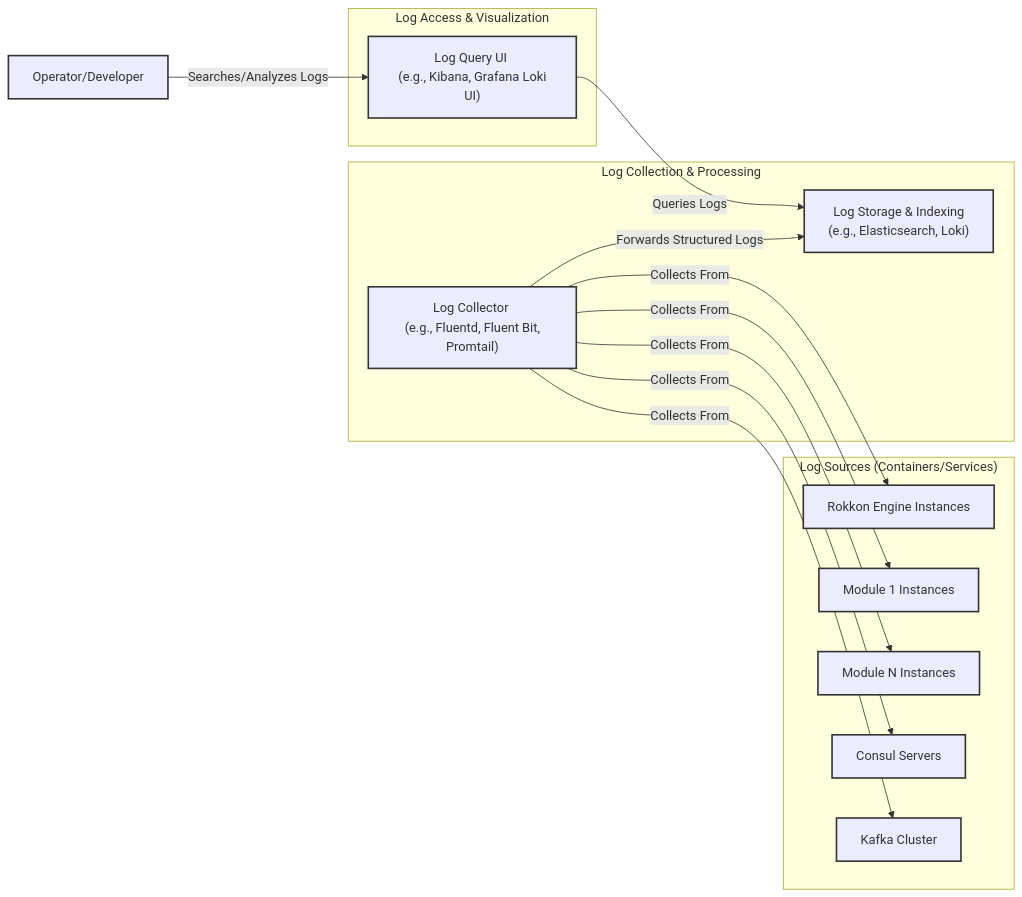
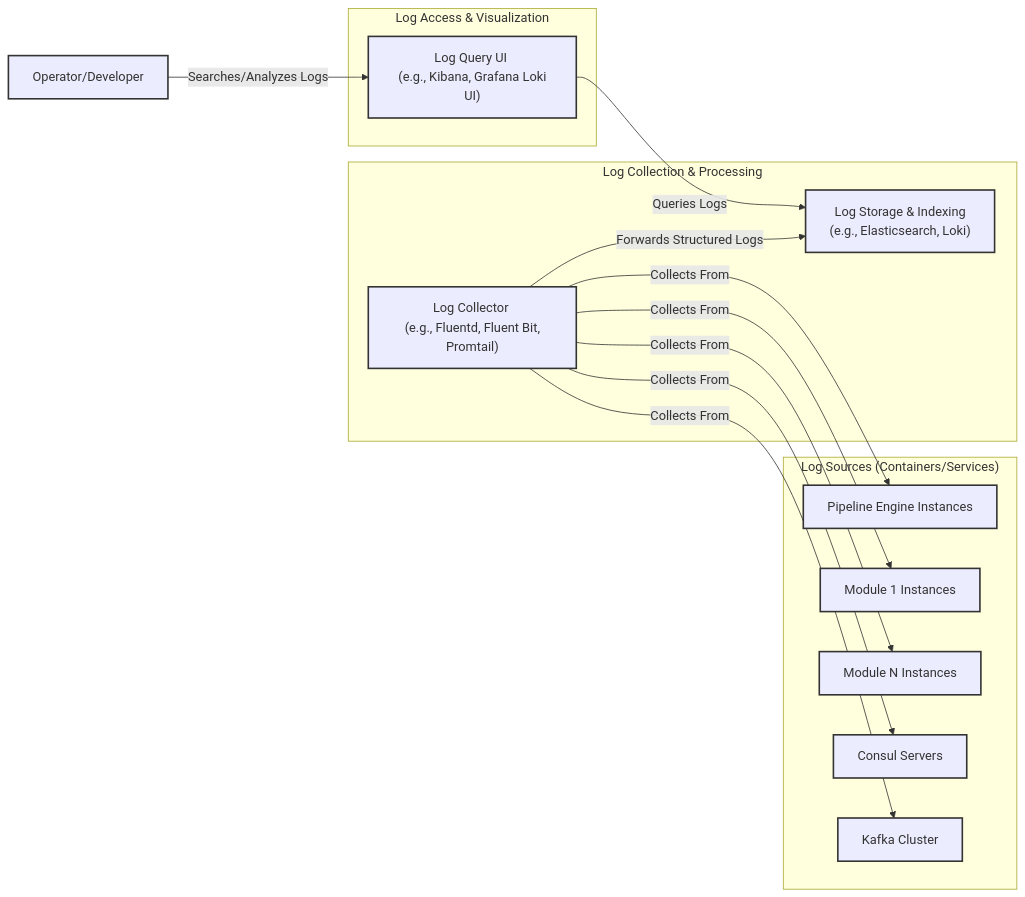
One commit to krickert/rokkon changed the second of 2 diagrams in ARCHITECTURE/Monitoring_operations.md. Above: the diagram before and after it, drawn with Mermaid. The commit also changed other lines of this file and 75 other files, not shown here.

````diff
--- a/ARCHITECTURE/Monitoring_operations.md
+++ b/ARCHITECTURE/Monitoring_operations.md
@@ -124,34 +124,34 @@
 ```mermaid
 graph LR
     subgraph "Log Sources (Containers/Services)"
-        RokkonEngineLogs[Rokkon Engine Instances]
+        PipelineEngineLogs[Pipeline Engine Instances]
         Module1Logs[Module 1 Instances]
         ModuleNLogs[Module N Instances]
         ConsulLogs[Consul Servers]
         KafkaLogs[Kafka Cluster]
     end
 
     subgraph "Log Collection & Processing"
-        LogCollector["Log Collector <br> (e.g., Fluentd, Fluent Bit, Promtail)"] -- "Collects From" --> RokkonEngineLogs
+        LogCollector["Log Collector <br> (e.g., Fluentd, Fluent Bit, Promtail)"] -- "Collects From" --> PipelineEngineLogs
         LogCollector -- "Collects From" --> Module1Logs
         LogCollector -- "Collects From" --> ModuleNLogs
         LogCollector -- "Collects From" --> ConsulLogs
         LogCollector -- "Collects From" --> KafkaLogs
 
         LogCollector -- "Forwards Structured Logs" --> LogStorage["Log Storage & Indexing <br> (e.g., Elasticsearch, Loki)"]
     end
 
     subgraph "Log Access & Visualization"
         LogQueryUI["Log Query UI <br> (e.g., Kibana, Grafana Loki UI)"] -- "Queries Logs" --> LogStorage
     end
 
     Operator["Operator/Developer"] -- "Searches/Analyzes Logs" --> LogQueryUI
 
     classDef source fill:#lightblue,stroke:#333,stroke-width:2px;
     classDef collection fill:#lightgreen,stroke:#333,stroke-width:2px;
     classDef access fill:#lightcoral,stroke:#333,stroke-width:2px;
 
-    class RokkonEngineLogs,Module1Logs,ModuleNLogs,ConsulLogs,KafkaLogs source;
+    class PipelineEngineLogs,Module1Logs,ModuleNLogs,ConsulLogs,KafkaLogs source;
     class LogCollector,LogStorage collection;
     class LogQueryUI,Operator access;
 ```
````
